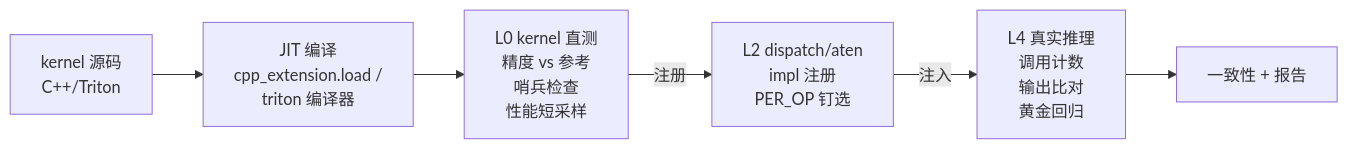
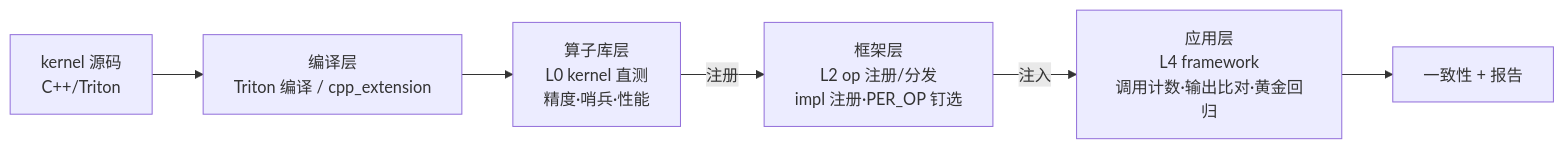
One commit to FLAG-OP/FlagOS-OP changed the diagram in docs/fullstack-guide.md. Above: the diagram before and after it, drawn with Mermaid. The commit also changed 4 other files, not shown here.

First line of the commit message:
docs: 全库同步物理栈视角——所有图/表/描述统一为系统分层

````diff
--- a/docs/fullstack-guide.md
+++ b/docs/fullstack-guide.md
@@ -13,8 +13,8 @@
 ```mermaid
 flowchart LR
-    SRC["kernel 源码<br/>C++/Triton"] --> JIT["JIT 编译<br/>cpp_extension.load /<br/>triton 编译器"]
-    JIT --> L0["L0 kernel 直测<br/>精度 vs 参考<br/>哨兵检查<br/>性能短采样"]
-    L0 -->|注册| L2["L2 dispatch/aten<br/>impl 注册<br/>PER_OP 钉选"]
-    L2 -->|注入| L4["L4 真实推理<br/>调用计数<br/>输出比对<br/>黄金回归"]
+    SRC["kernel 源码<br/>C++/Triton"] --> JIT["编译层<br/>Triton 编译 / cpp_extension"]
+    JIT --> L0["算子库层<br/>L0 kernel 直测<br/>精度·哨兵·性能"]
+    L0 -->|注册| L2["框架层<br/>L2 op 注册/分发<br/>impl 注册·PER_OP 钉选"]
+    L2 -->|注入| L4["应用层<br/>L4 framework<br/>调用计数·输出比对·黄金回归"]
     L4 --> FIN["一致性 + 报告"]
 ```
````
